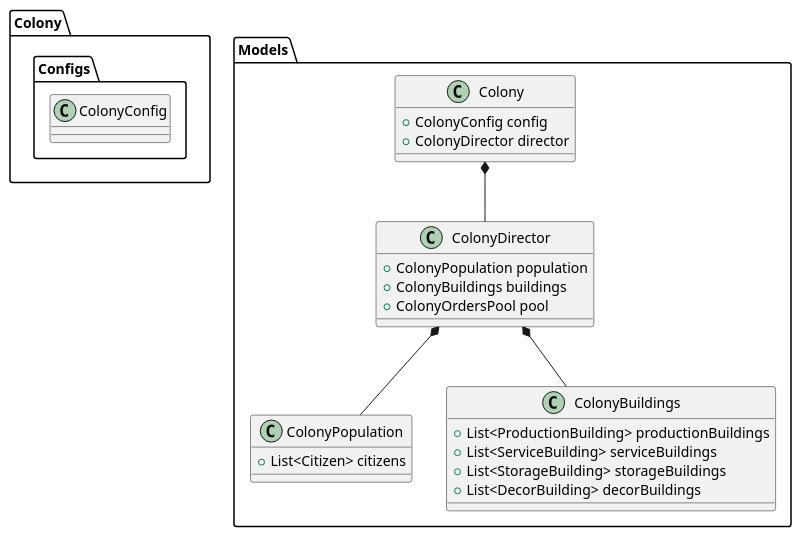
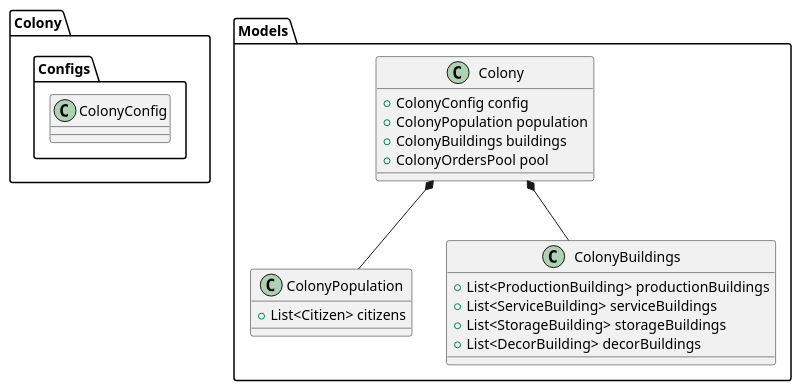
The diagram in Colony/Colony.puml (minusrep/Pivo-UML), drawn with PlantUML before and after one commit. The commit also changed 4 other files, not shown here.

```diff
--- a/Colony/Colony.puml
+++ b/Colony/Colony.puml
@@ -1,45 +1,39 @@
 @startuml
 
 package "Colony" 
 {
     package "Configs" 
     {
         class ColonyConfig 
         {
         }
     }
 }
     package "Models" {
     class Colony 
     {
         +ColonyConfig config
-        +ColonyDirector director
-    }
-    
-    class ColonyDirector
-    {
         +ColonyPopulation population
         +ColonyBuildings buildings
         +ColonyOrdersPool pool
     }
-    
+
     class ColonyPopulation 
     {
         +List<Citizen> citizens
     }
     
     class ColonyBuildings 
     {
         +List<ProductionBuilding> productionBuildings
         +List<ServiceBuilding> serviceBuildings
         +List<StorageBuilding> storageBuildings
         +List<DecorBuilding> decorBuildings
     }
 
-    Colony *-- ColonyDirector
-    ColonyDirector *-- ColonyBuildings
-    ColonyDirector *-- ColonyPopulation
+    Colony *-- ColonyBuildings
+    Colony *-- ColonyPopulation
     }
 }
 
 @enduml
```
